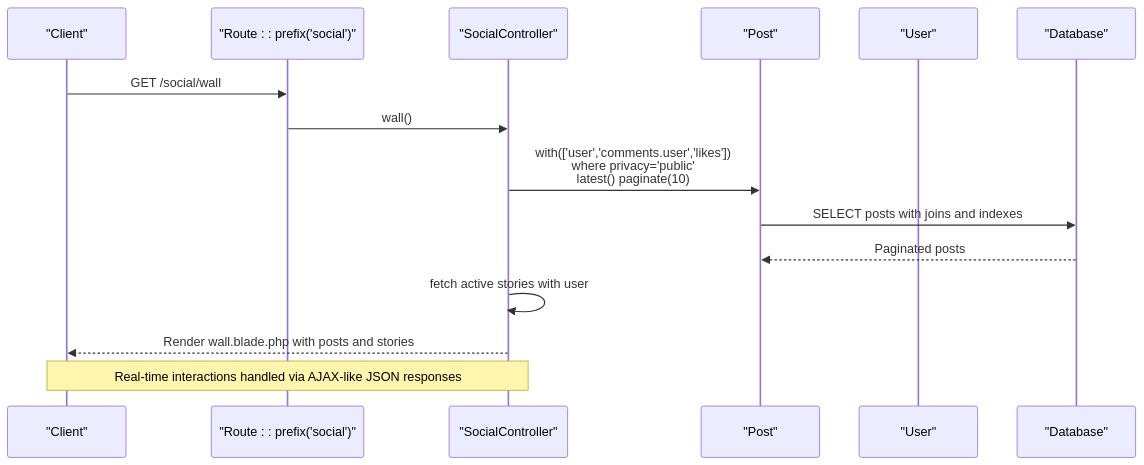
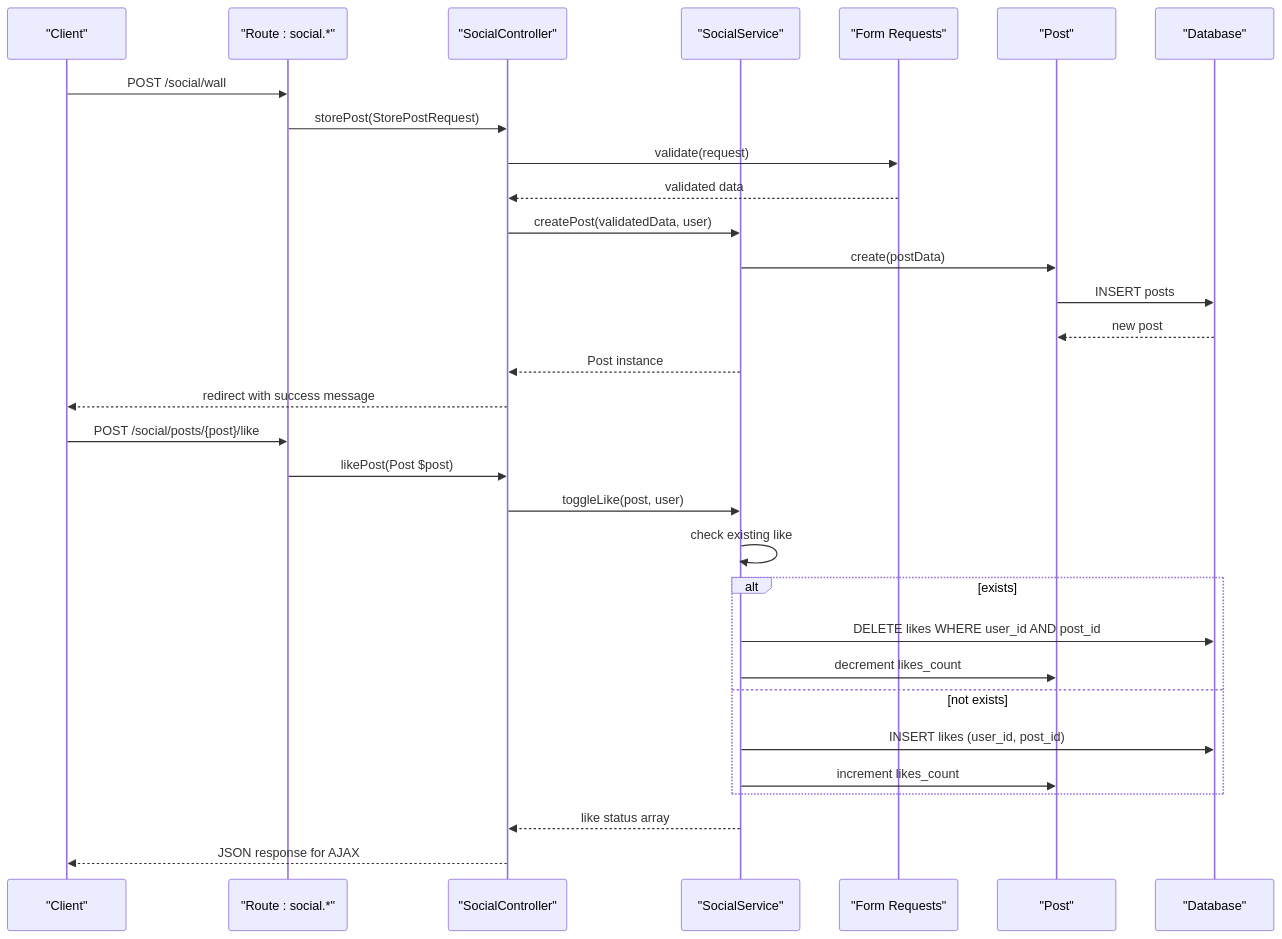
Before and after one commit to VenokM05/Travel_Project: the second of 16 diagrams in .qoder/repowiki/en/content/Social Features.md, drawn with Mermaid. The commit also changed other lines of this file and 12 other files, not shown here.

````diff
--- a/.qoder/repowiki/en/content/Social Features.md
+++ b/.qoder/repowiki/en/content/Social Features.md
@@ -137,17 +145,33 @@
 ```mermaid
 sequenceDiagram
 participant Client as "Client"
-participant Router as "Route : : prefix('social')"
+participant Router as "Route : social.*"
 participant Controller as "SocialController"
+participant Service as "SocialService"
+participant Validator as "Form Requests"
 participant PostModel as "Post"
-participant UserModel as "User"
 participant DB as "Database"
-Client->>Router : GET /social/wall
-Router->>Controller : wall()
-Controller->>PostModel : with(['user','comments.user','likes'])<br/>where privacy='public'<br/>latest() paginate(10)
-PostModel->>DB : SELECT posts with joins and indexes
-DB-->>PostModel : Paginated posts
-Controller->>Controller : fetch active stories with user
-Controller-->>Client : Render wall.blade.php with posts and stories
-Note over Client,Controller : Real-time interactions handled via AJAX-like JSON responses
+Client->>Router : POST /social/wall
+Router->>Controller : storePost(StorePostRequest)
+Controller->>Validator : validate(request)
+Validator-->>Controller : validated data
+Controller->>Service : createPost(validatedData, user)
+Service->>PostModel : create(postData)
+PostModel->>DB : INSERT posts
+DB-->>PostModel : new post
+Service-->>Controller : Post instance
+Controller-->>Client : redirect with success message
+Client->>Router : POST /social/posts/{post}/like
+Router->>Controller : likePost(Post $post)
+Controller->>Service : toggleLike(post, user)
+Service->>Service : check existing like
+alt exists
+Service->>DB : DELETE likes WHERE user_id AND post_id
+Service->>PostModel : decrement likes_count
+else not exists
+Service->>DB : INSERT likes (user_id, post_id)
+Service->>PostModel : increment likes_count
+end
+Service-->>Controller : like status array
+Controller-->>Client : JSON response for AJAX
 ```
````
